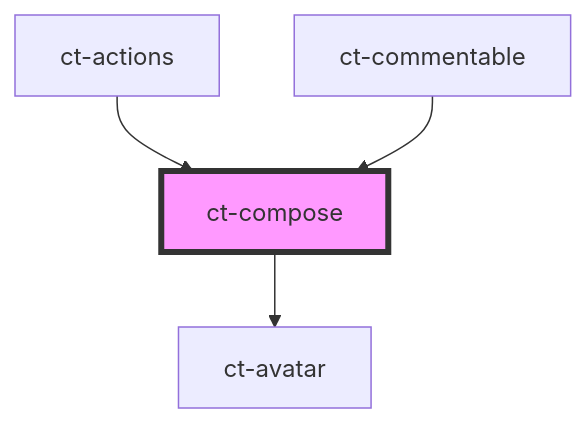
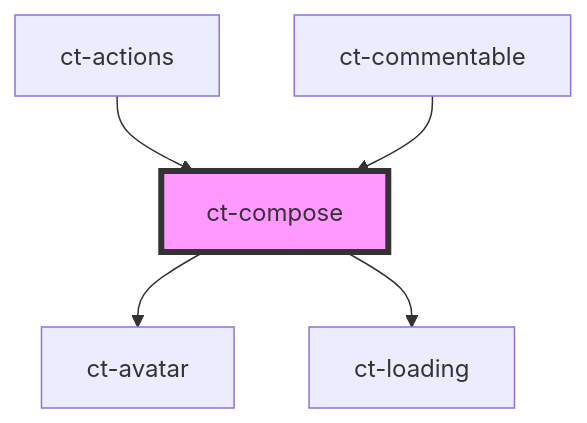
One commit to netguru/commentable-js changed the diagram in src/components/compose/readme.md. Above: the diagram before and after it, drawn with Mermaid. The commit also changed other lines of this file and 25 other files, not shown here.

````diff
--- a/src/components/compose/readme.md
+++ b/src/components/compose/readme.md
@@ -29,7 +28,8 @@
 ```mermaid
 graph TD;
   ct-compose --> ct-avatar
+  ct-compose --> ct-loading
   ct-actions --> ct-compose
   ct-commentable --> ct-compose
   style ct-compose fill:#f9f,stroke:#333,stroke-width:4px
 ```
````
